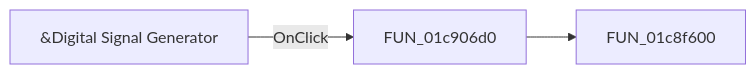
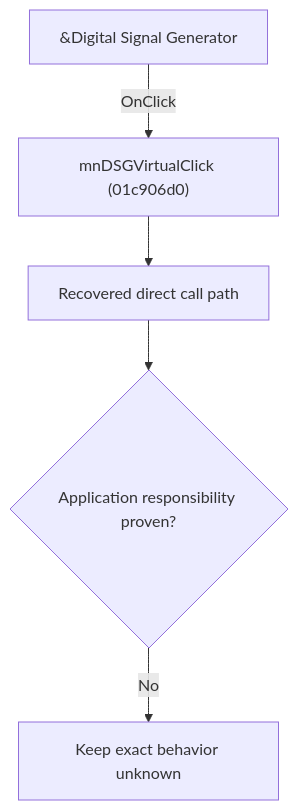
The diagram in docs/ui-controls/schematiceditor/digitalsignalgenerator-1ea9da01c3.md (MovGP0/TIARA), drawn with Mermaid before and after one commit. The commit also changed other lines of this file and 1062 other files, not shown here.

````diff
--- a/docs/ui-controls/schematiceditor/digitalsignalgenerator-1ea9da01c3.md
+++ b/docs/ui-controls/schematiceditor/digitalsignalgenerator-1ea9da01c3.md
@@ -27,5 +27,7 @@
 ```mermaid
-flowchart LR
-    control["&Digital Signal Generator"] -->|OnClick| handler["FUN_01c906d0"]
-    handler --> call1["FUN_01c8f600"]
+flowchart TD
+    control["&Digital Signal Generator"] -->|"OnClick"| handler["mnDSGVirtualClick (01c906d0)"]
+    handler --> recovered["Recovered direct call path"]
+    recovered --> gap{"Application responsibility proven?"}
+    gap -->|"No"| blocked["Keep exact behavior unknown"]
 ```
````
